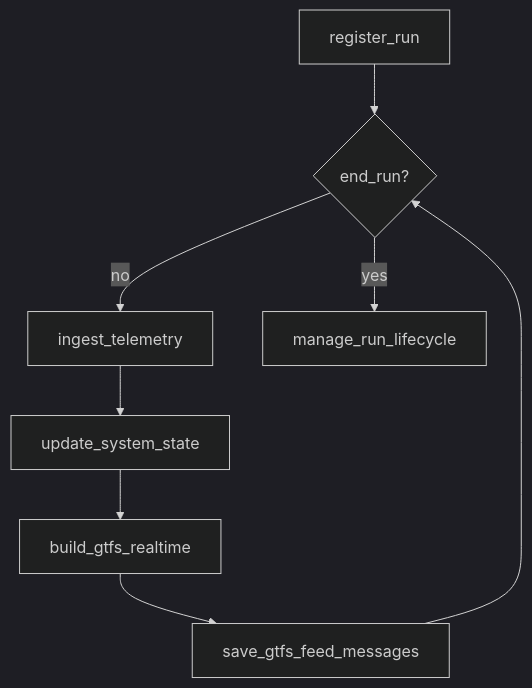
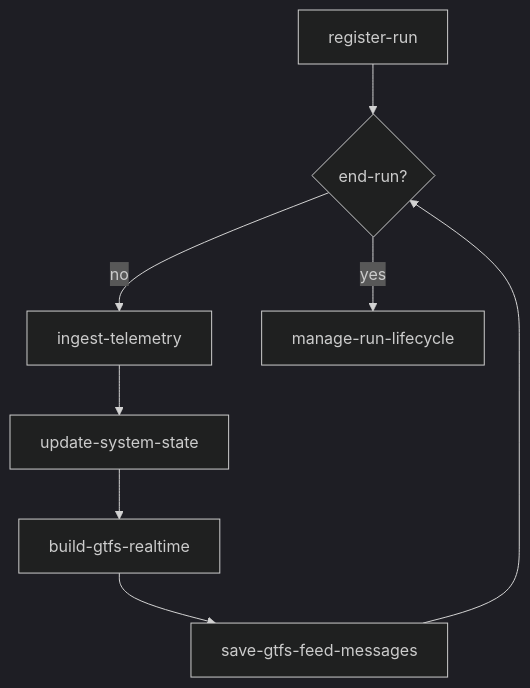
Before and after one commit to simovilab/context: the diagram in behavior/databus/system/README.md, drawn with Mermaid (dark theme). The commit also changed other lines of this file, not shown here.

````diff
--- a/behavior/databus/system/README.md
+++ b/behavior/databus/system/README.md
@@ -13,18 +30,18 @@
 ```mermaid
 flowchart TD
-    rr[register_run]
-    er{end_run?}
-    it[ingest_telemetry]
-    us[update_system_state]
-    bg[build_gtfs_realtime]
-    sg[save_gtfs_feed_messages]
-    mr[manage_run_lifecycle]
+    rr[register-run]
+    er{end-run?}
+    it[ingest-telemetry]
+    us[update-system-state]
+    bg[build-gtfs-realtime]
+    sg[save-gtfs-feed-messages]
+    mr[manage-run-lifecycle]
 
     rr --> er
     er -- "no" --> it
     it --> us
     us --> bg
     bg --> sg
     sg --> er
     er -- "yes" --> mr
 ```
````
